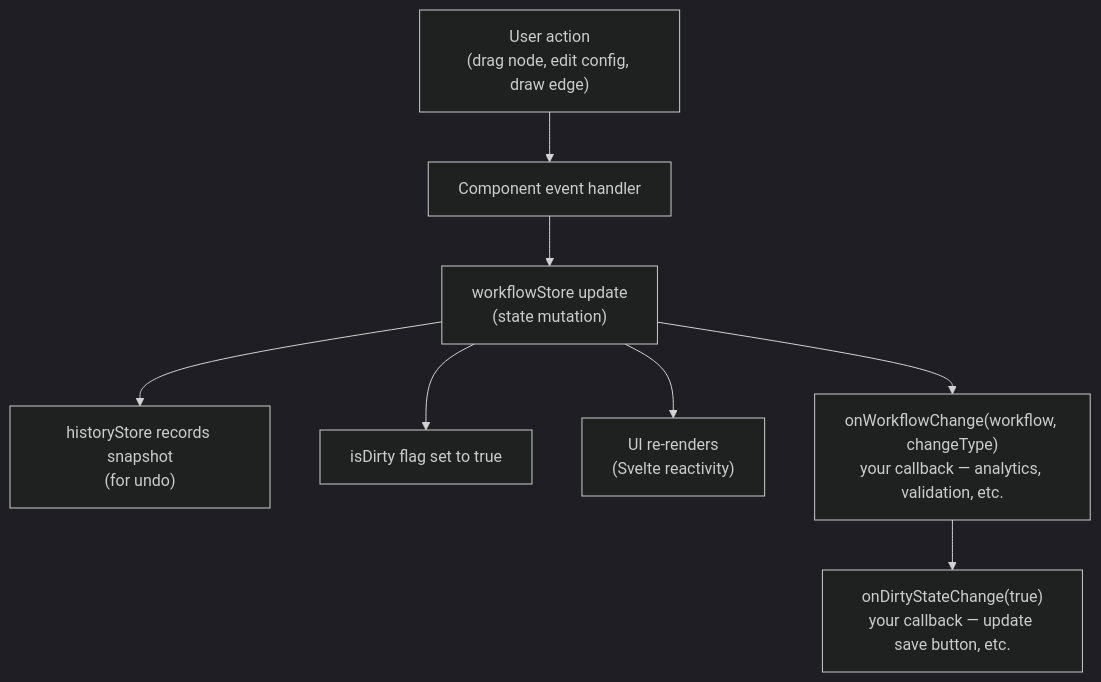
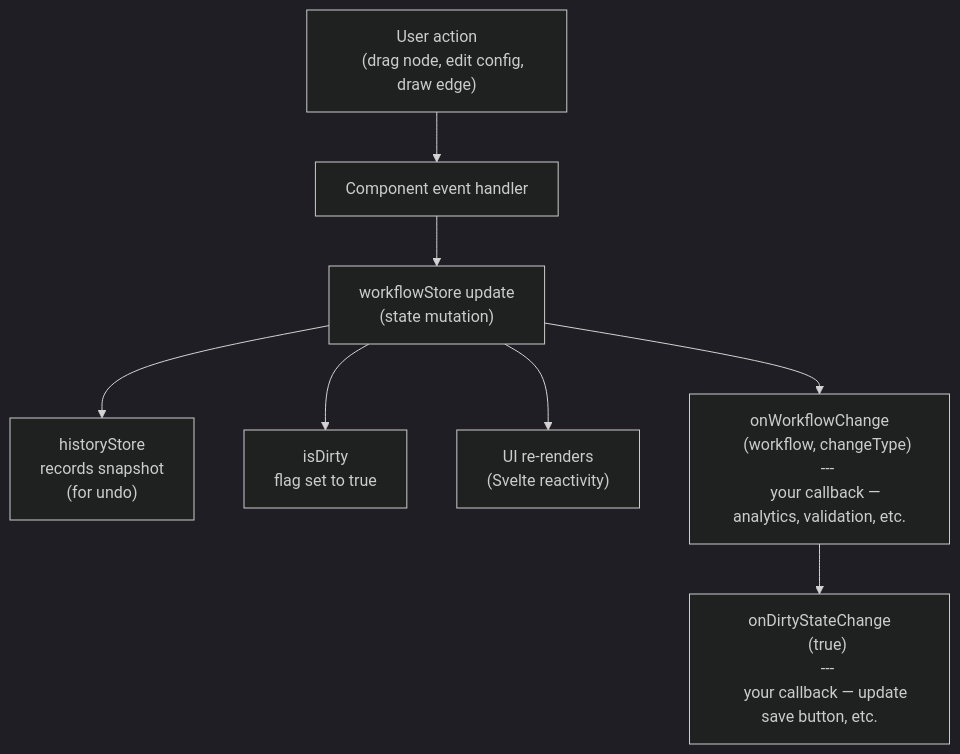
Before and after one commit to flowdrop-io/flowdrop: the third of 4 diagrams in apps/docs/src/content/docs/concepts/architecture-overview.md, drawn with Mermaid (dark theme). The commit also changed other lines of this file and 2 other files, not shown here.

First line of the commit message:
docs: add custom Mermaid theme based on FlowDrop design tokens

````diff
--- a/apps/docs/src/content/docs/concepts/architecture-overview.md
+++ b/apps/docs/src/content/docs/concepts/architecture-overview.md
@@ -125,10 +132,22 @@
 ```mermaid
 flowchart TD
-  A["User action\n(drag node, edit config, draw edge)"] --> B["Component event handler"]
-  B --> C["workflowStore update\n(state mutation)"]
-  C --> D["historyStore records snapshot\n(for undo)"]
-  C --> E["isDirty flag set to true"]
-  C --> F["UI re-renders\n(Svelte reactivity)"]
-  C --> G["onWorkflowChange(workflow, changeType)\nyour callback — analytics, validation, etc."]
-  G --> H["onDirtyStateChange(true)\nyour callback — update save button, etc."]
+  A["User action
+    (drag node, edit config, draw edge)"] --> B["Component event handler"]
+  B --> C["workflowStore update
+    (state mutation)"]
+  C --> D["historyStore 
+    records snapshot
+    (for undo)"]
+  C --> E["isDirty 
+      flag set to true"]
+  C --> F["UI re-renders
+    (Svelte reactivity)"]
+  C --> G["onWorkflowChange
+    (workflow, changeType)
+    ---
+    your callback — analytics, validation, etc."]
+  G --> H["onDirtyStateChange
+    (true)
+    ---
+    your callback — update save button, etc."]
 ```
````
